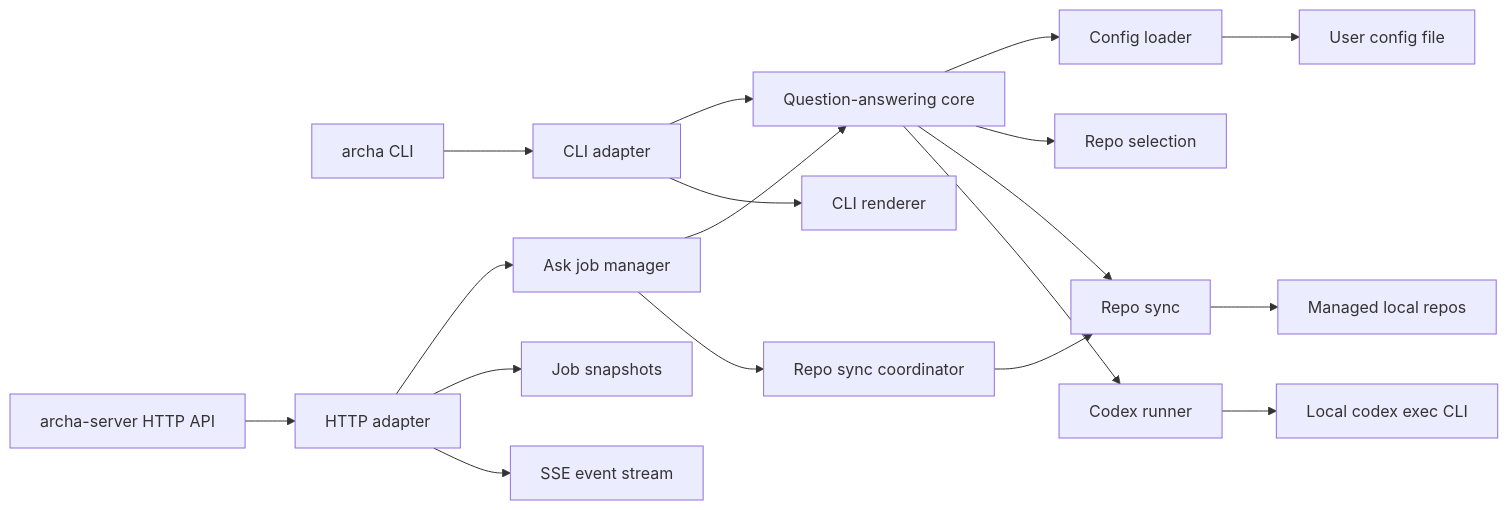
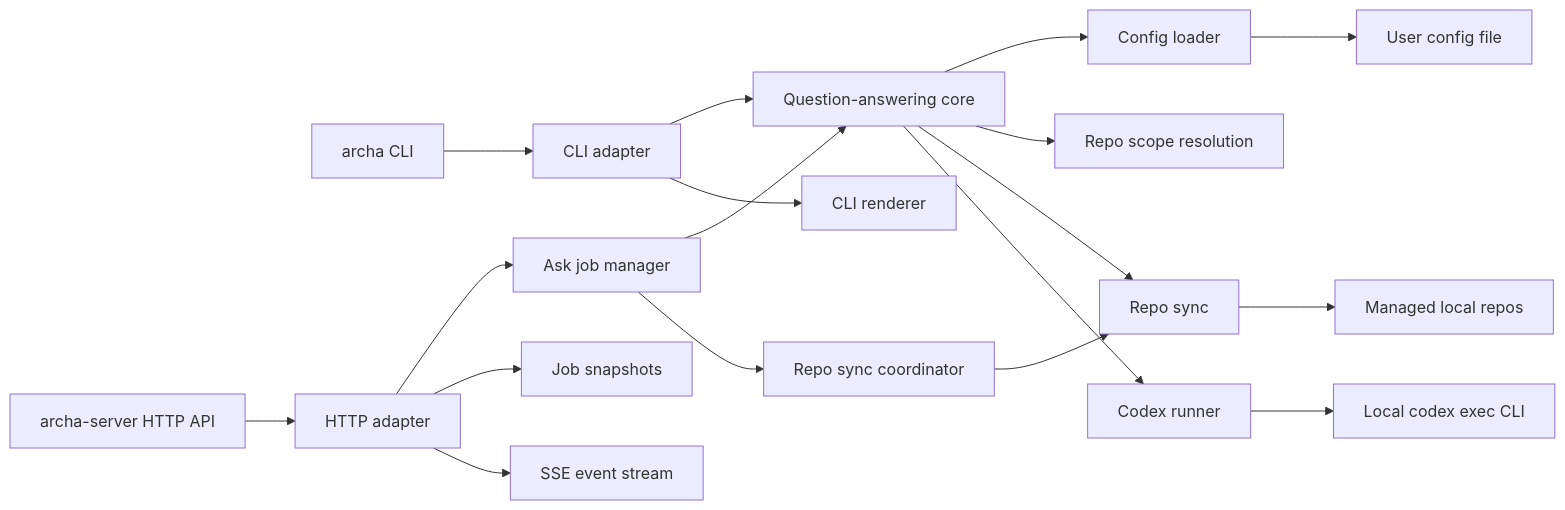
The first of 2 diagrams in specs/architecture.md (leanish/ask-the-code), drawn with Mermaid before and after one commit. The commit also changed other lines of this file and 31 other files, not shown here.

Commit message:
simplify repo catalog and ask flow

````diff
--- a/specs/architecture.md
+++ b/specs/architecture.md
@@ -9,24 +9,24 @@
 ```mermaid
 flowchart LR
   CLI["archa CLI"] --> CLIAdapter["CLI adapter"]
   HTTP["archa-server HTTP API"] --> HttpAdapter["HTTP adapter"]
   HttpAdapter --> Jobs["Ask job manager"]
   CLIAdapter --> Core["Question-answering core"]
   Jobs --> Core
 
   Core --> Config["Config loader"]
-  Core --> Selection["Repo selection"]
+  Core --> Scope["Repo scope resolution"]
   Core --> Sync["Repo sync"]
   Core --> Codex["Codex runner"]
 
   SyncCoordinator["Repo sync coordinator"] --> Sync
   Jobs --> SyncCoordinator
 
   CLIAdapter --> Render["CLI renderer"]
   HttpAdapter --> Polling["Job snapshots"]
   HttpAdapter --> SSE["SSE event stream"]
 
   Config --> UserConfig["User config file"]
   Sync --> ManagedRepos["Managed local repos"]
   Codex --> CodexCli["Local codex exec CLI"]
 ```
````
